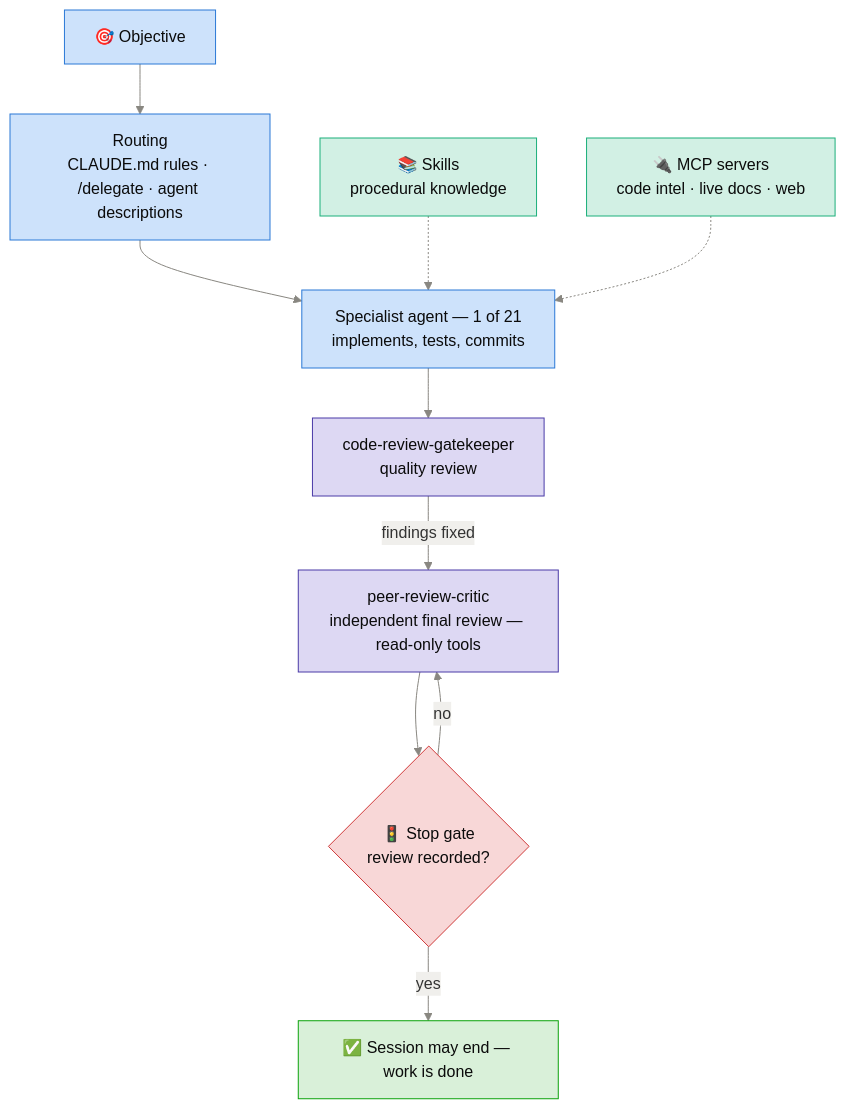
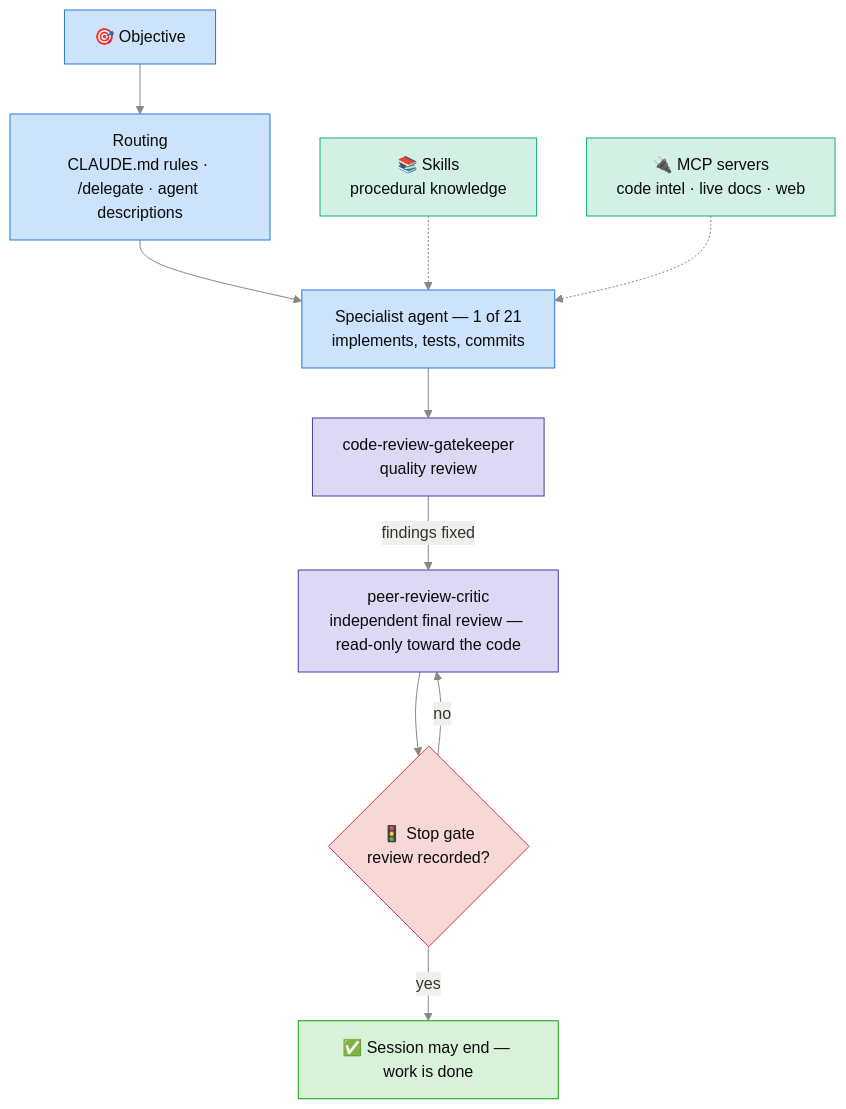
Before and after one commit to tomas-rampas/agentic-framework: the fourth of 9 diagrams in docs/team-presentation.md, drawn with Mermaid. The commit also changed other lines of this file and 36 other files, not shown here.

````diff
--- a/docs/team-presentation.md
+++ b/docs/team-presentation.md
@@ -81,23 +81,23 @@
 ```mermaid
 %%{init: {"theme": "base", "themeVariables": {"background": "transparent", "lineColor": "#898781", "textColor": "#898781", "clusterBkg": "transparent", "clusterBorder": "#898781", "edgeLabelBackground": "#f0efec"}}}%%
 flowchart TD
     O["🎯 Objective"] --> R["Routing<br/>CLAUDE.md rules · /delegate · agent descriptions"]
     R --> S["Specialist agent — 1 of 21<br/>implements, tests, commits"]
     SK["📚 Skills<br/>procedural knowledge"] -.-> S
     MCP["🔌 MCP servers<br/>code intel · live docs · web"] -.-> S
     S --> C1["code-review-gatekeeper<br/>quality review"]
-    C1 -->|findings fixed| C2["peer-review-critic<br/>independent final review — read-only tools"]
+    C1 -->|findings fixed| C2["peer-review-critic<br/>independent final review — read-only toward the code"]
     C2 --> GATE{"🚦 Stop gate<br/>review recorded?"}
     GATE -- no --> C2
     GATE -- yes --> DONE["✅ Session may end — work is done"]
     classDef flow fill:#cde2fb,stroke:#2a78d6,color:#0b0b0b
     classDef aid fill:#d2f0e4,stroke:#1baf7a,color:#0b0b0b
     classDef review fill:#ddd8f3,stroke:#4a3aa7,color:#0b0b0b
     classDef gate fill:#f8d7d7,stroke:#d03b3b,color:#0b0b0b
     classDef done fill:#d9f0d9,stroke:#0ca30c,color:#0b0b0b
     class O,R,S flow
     class SK,MCP aid
     class C1,C2 review
     class GATE gate
     class DONE done
 ```
````
